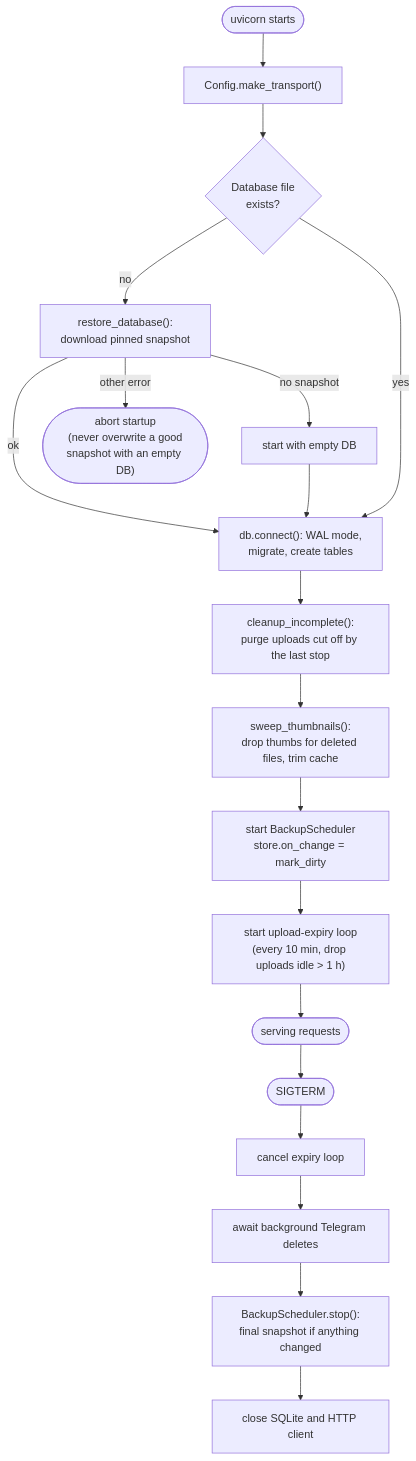
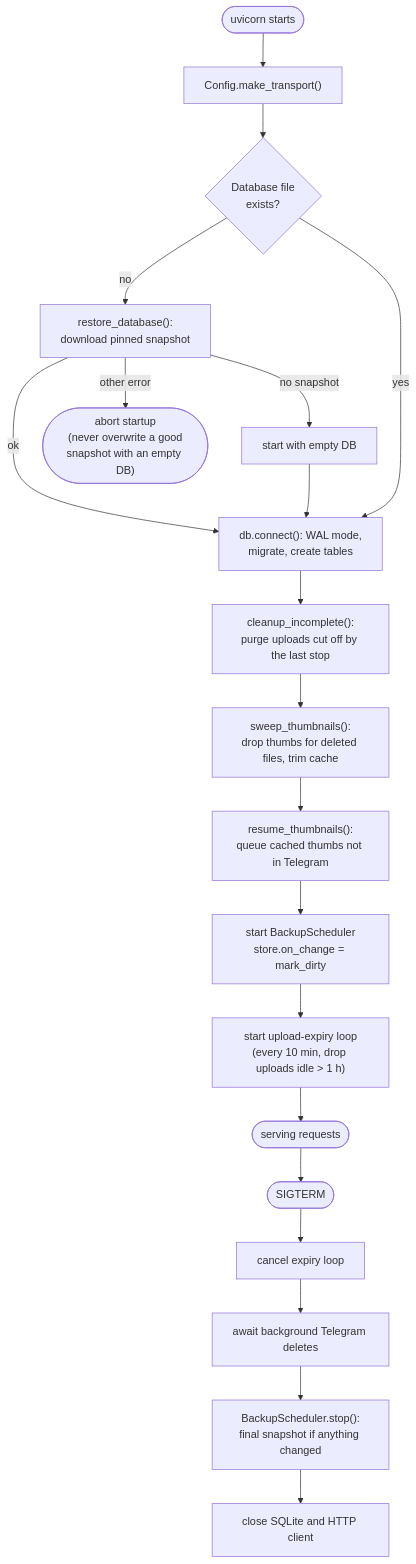
The third of 5 diagrams in docs/architecture.md (iusekarma/tgdrive), drawn with Mermaid before and after one commit. The commit also changed other lines of this file and 18 other files, not shown here.

````diff
--- a/docs/architecture.md
+++ b/docs/architecture.md
@@ -100,21 +100,22 @@
 ```mermaid
 flowchart TD
     S([uvicorn starts]) --> T["Config.make_transport()"]
     T --> E{"Database file<br/>exists?"}
     E -- no --> R["restore_database():<br/>download pinned snapshot"]
     R -- "no snapshot" --> EMPTY["start with empty DB"]
     R -- "other error" --> FAIL(["abort startup<br/>(never overwrite a good<br/>snapshot with an empty DB)"])
     R -- ok --> OPEN
     EMPTY --> OPEN
     E -- yes --> OPEN["db.connect(): WAL mode,<br/>migrate, create tables"]
     OPEN --> CL["cleanup_incomplete():<br/>purge uploads cut off by the last stop"]
     CL --> SW["sweep_thumbnails():<br/>drop thumbs for deleted files, trim cache"]
-    SW --> BK["start BackupScheduler<br/>store.on_change = mark_dirty"]
+    SW --> RT["resume_thumbnails():<br/>queue cached thumbs not in Telegram"]
+    RT --> BK["start BackupScheduler<br/>store.on_change = mark_dirty"]
     BK --> EX["start upload-expiry loop<br/>(every 10 min, drop uploads idle > 1 h)"]
     EX --> RUN([serving requests])
     RUN --> STOP([SIGTERM])
     STOP --> X1["cancel expiry loop"]
     X1 --> X2["await background Telegram deletes"]
     X2 --> X3["BackupScheduler.stop():<br/>final snapshot if anything changed"]
     X3 --> X4["close SQLite and HTTP client"]
 ```
````
